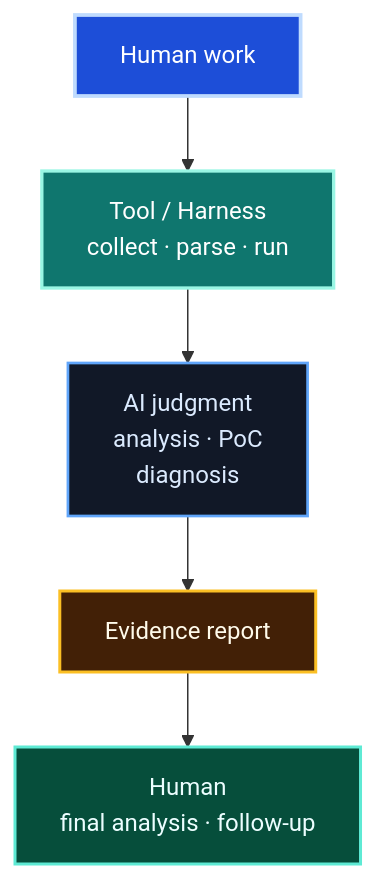
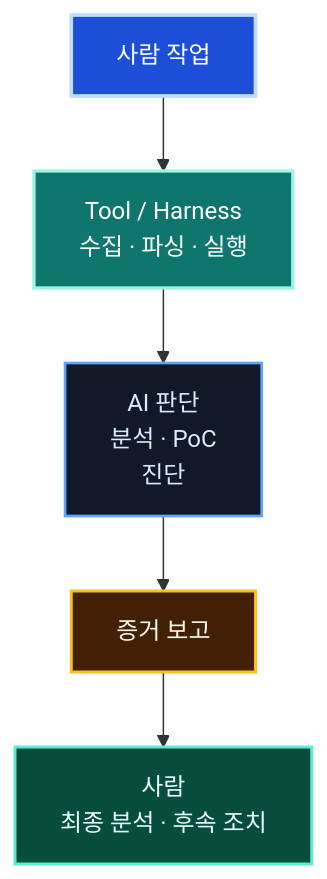
The ninth of 14 diagrams in docs/ai-agent-effective-use/mermaid-diagrams.md (koalav/present-anyything), drawn with Mermaid before and after one commit. The commit also changed other lines of this file and 19 other files, not shown here.

````diff
--- a/docs/ai-agent-effective-use/mermaid-diagrams.md
+++ b/docs/ai-agent-effective-use/mermaid-diagrams.md
@@ -222,12 +181,12 @@
 ```mermaid
 flowchart TB
-  Work["Human work"]:::start --> Harness["Tool / Harness<br/>collect · parse · run"]:::tool
-  Harness --> AI["AI judgment<br/>analysis · PoC<br/>diagnosis"]:::step
-  AI --> Evidence["Evidence report"]:::evidence
-  Evidence --> Human["Human<br/>final analysis · follow-up"]:::success
+  Work["사람 작업"]:::start --> Harness["Tool / Harness<br/>수집 · 파싱 · 실행"]:::tool
+  Harness --> AI["AI 판단<br/>분석 · PoC<br/>진단"]:::step
+  AI --> Evidence["증거 보고"]:::evidence
+  Evidence --> Human["사람<br/>최종 분석 · 후속 조치"]:::success
   classDef start fill:#1d4ed8,stroke:#bfdbfe,color:#ffffff,stroke-width:2.5px;
   classDef tool fill:#0f766e,stroke:#99f6e4,color:#ffffff,stroke-width:2.2px;
   classDef step fill:#111827,stroke:#60a5fa,color:#dbeafe,stroke-width:1.8px;
   classDef evidence fill:#422006,stroke:#fbbf24,color:#fffbeb,stroke-width:2px;
   classDef success fill:#064e3b,stroke:#5eead4,color:#ecfeff,stroke-width:2px;
 ```
````
